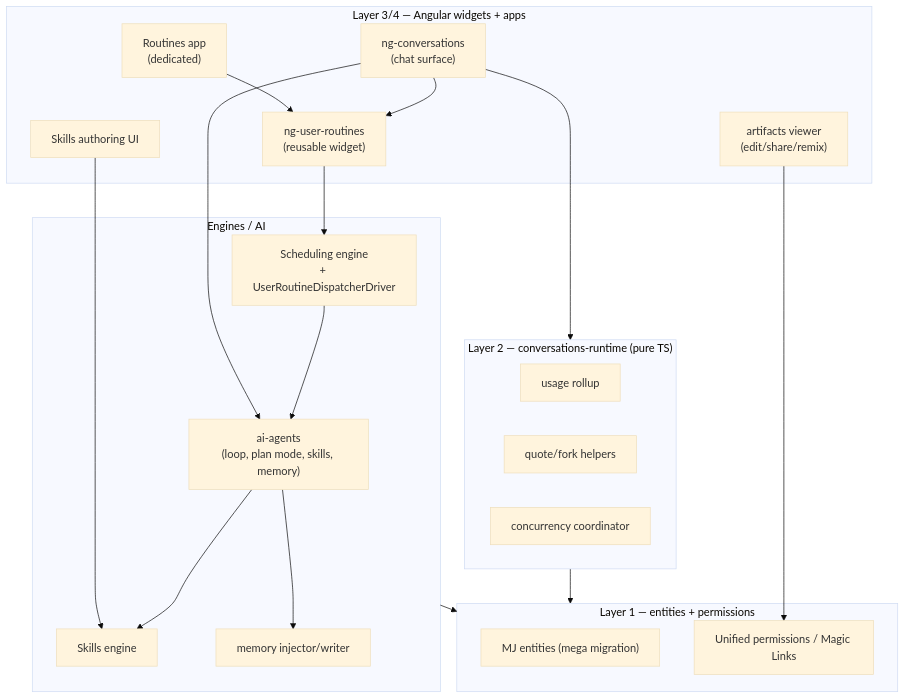
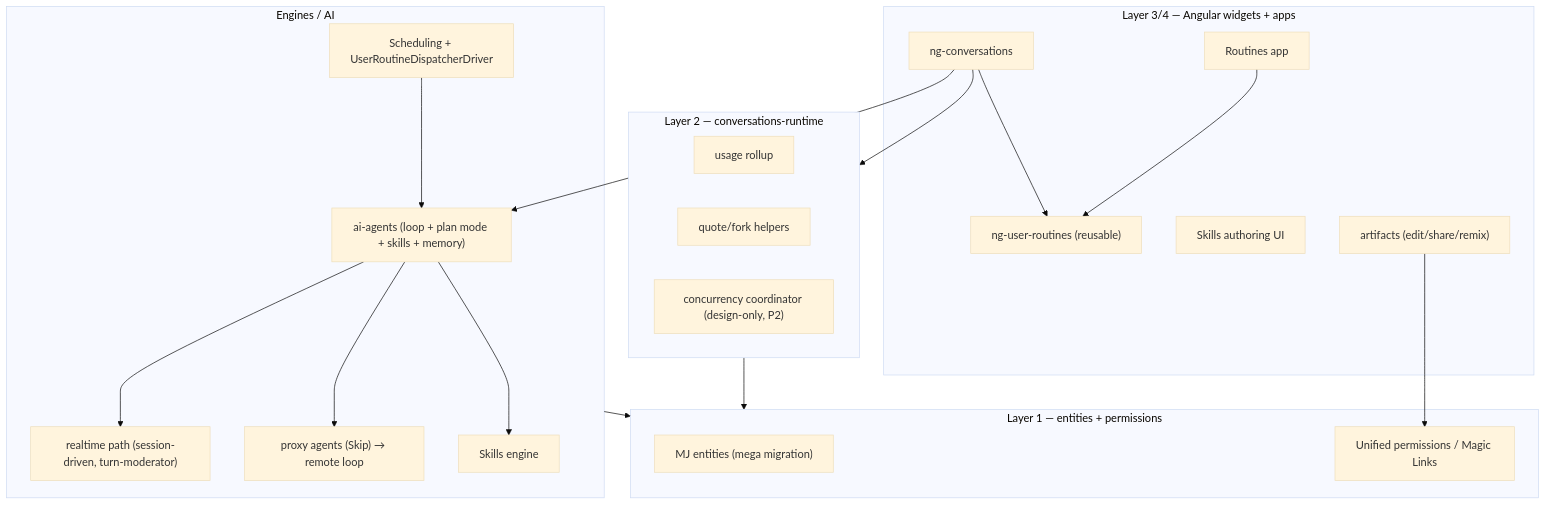
The first of 9 diagrams in plans/conversations-mega-phase-1-wbs.md (MemberJunction/MJ), drawn with Mermaid (base theme) before and after one commit. The commit also changed other lines of this file, not shown here.

First line of the commit message:
docs: finalize Mega Phase 1 plan — realtime + proxy findings, revised decisions

````diff
--- a/plans/conversations-mega-phase-1-wbs.md
+++ b/plans/conversations-mega-phase-1-wbs.md
@@ -54,37 +57,37 @@
 ```mermaid
 flowchart TB
   subgraph UI["Layer 3/4 — Angular widgets + apps"]
-    CHAT["ng-conversations<br/>(chat surface)"]
-    ROUTINESAPP["Routines app<br/>(dedicated)"]
-    ROUTINESW["ng-user-routines<br/>(reusable widget)"]
+    CHAT["ng-conversations"]
+    ROUTINESAPP["Routines app"]
+    ROUTINESW["ng-user-routines (reusable)"]
     SKILLSUI["Skills authoring UI"]
-    ARTUI["artifacts viewer<br/>(edit/share/remix)"]
+    ARTUI["artifacts (edit/share/remix)"]
   end
-  subgraph RT["Layer 2 — conversations-runtime (pure TS)"]
+  subgraph RT["Layer 2 — conversations-runtime"]
     USAGE["usage rollup"]
     QUOTE["quote/fork helpers"]
-    CONC["concurrency coordinator"]
+    CONC["concurrency coordinator (design-only, P2)"]
   end
   subgraph ENG["Engines / AI"]
-    AGENT["ai-agents<br/>(loop, plan mode, skills, memory)"]
+    AGENT["ai-agents (loop + plan mode + skills + memory)"]
+    RTIME["realtime path (session-driven, turn-moderator)"]
+    PROXY["proxy agents (Skip) → remote loop"]
     SKILLENG["Skills engine"]
-    MEM["memory injector/writer"]
-    SCHED["Scheduling engine<br/>+ UserRoutineDispatcherDriver"]
+    SCHED["Scheduling + UserRoutineDispatcherDriver"]
   end
   subgraph DATA["Layer 1 — entities + permissions"]
     ENT["MJ entities (mega migration)"]
     PERM["Unified permissions / Magic Links"]
   end
   ROUTINESAPP --> ROUTINESW
   CHAT --> ROUTINESW
   CHAT --> RT
   CHAT --> AGENT
+  AGENT --> RTIME
+  AGENT --> PROXY
+  AGENT --> SKILLENG
+  SCHED --> AGENT
   ARTUI --> PERM
-  ROUTINESW --> SCHED
-  SKILLSUI --> SKILLENG
-  AGENT --> SKILLENG
-  AGENT --> MEM
-  SCHED --> AGENT
   ENG --> DATA
   RT --> DATA
 ```
````
